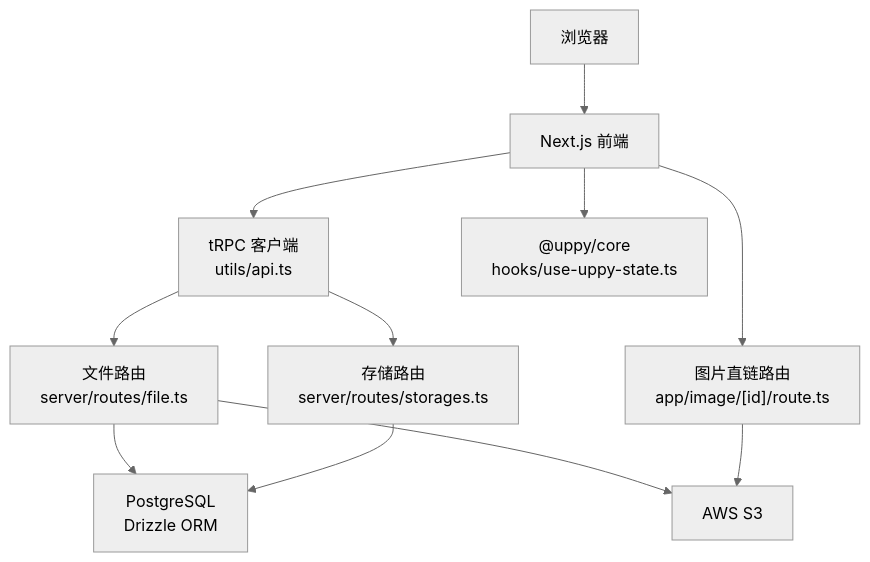
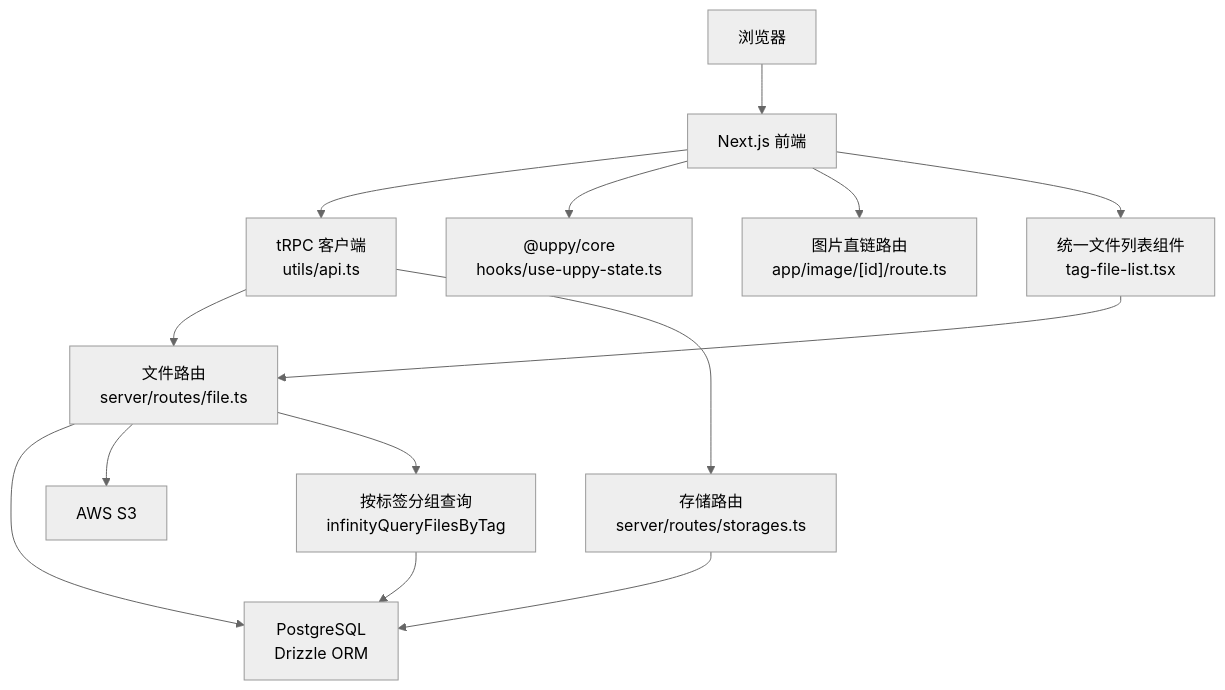
Before and after one commit to RadiumAg/image-saas: the second of 8 diagrams in .qoder/repowiki/zh/content/核心功能模块/文件管理系统/文件管理系统.md, drawn with Mermaid (neutral theme). The commit also changed other lines of this file and 6 other files, not shown here.

````diff
--- a/.qoder/repowiki/zh/content/核心功能模块/文件管理系统/文件管理系统.md
+++ b/.qoder/repowiki/zh/content/核心功能模块/文件管理系统/文件管理系统.md
@@ -129,13 +164,16 @@
 ```mermaid
 graph TB
 Browser["浏览器"] --> NextApp["Next.js 前端"]
 NextApp --> TRPC["tRPC 客户端<br/>utils/api.ts"]
 TRPC --> FileRouter["文件路由<br/>server/routes/file.ts"]
 TRPC --> StorageRouter["存储路由<br/>server/routes/storages.ts"]
 FileRouter --> DB["PostgreSQL<br/>Drizzle ORM"]
 FileRouter --> S3["AWS S3"]
 StorageRouter --> DB
 NextApp --> Uppy["@uppy/core<br/>hooks/use-uppy-state.ts"]
 NextApp --> ImageRoute["图片直链路由<br/>app/image/[id]/route.ts"]
-ImageRoute --> S3
+NextApp --> TagFileList["统一文件列表组件<br/>tag-file-list.tsx"]
+TagFileList --> FileRouter
+FileRouter --> TagQuery["按标签分组查询<br/>infinityQueryFilesByTag"]
+TagQuery --> DB
 ```
````
